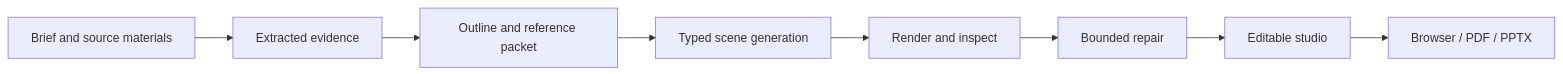
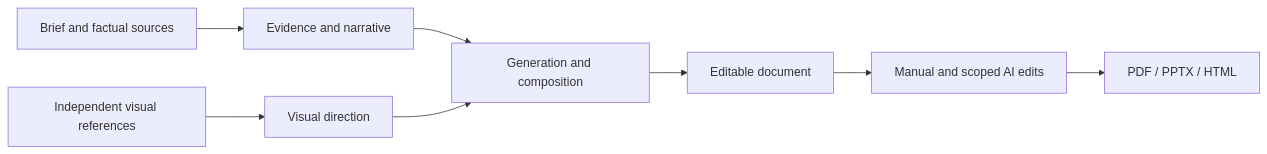
The diagram in README.md (Eye172/septa-showcase), drawn with Mermaid before and after one commit. The commit also changed other lines of this file and 19 other files, not shown here.

````diff
--- a/README.md
+++ b/README.md
@@ -38,10 +26,10 @@
-~~~mermaid
+```mermaid
 flowchart LR
- A[Brief and source materials] --> B[Extracted evidence]
- B --> C[Outline and reference packet]
- C --> D[Typed scene generation]
- D --> E[Render and inspect]
- E --> F[Bounded repair]
- F --> G[Editable studio]
- G --> H[Browser / PDF / PPTX]
-~~~
+ A[Brief and factual sources] --> C[Evidence and narrative]
+ B[Independent visual references] --> D[Visual direction]
+ C --> E[Generation and composition]
+ D --> E
+ E --> F[Editable document]
+ F --> G[Manual and scoped AI edits]
+ G --> H[PDF / PPTX / HTML]
+```
````
